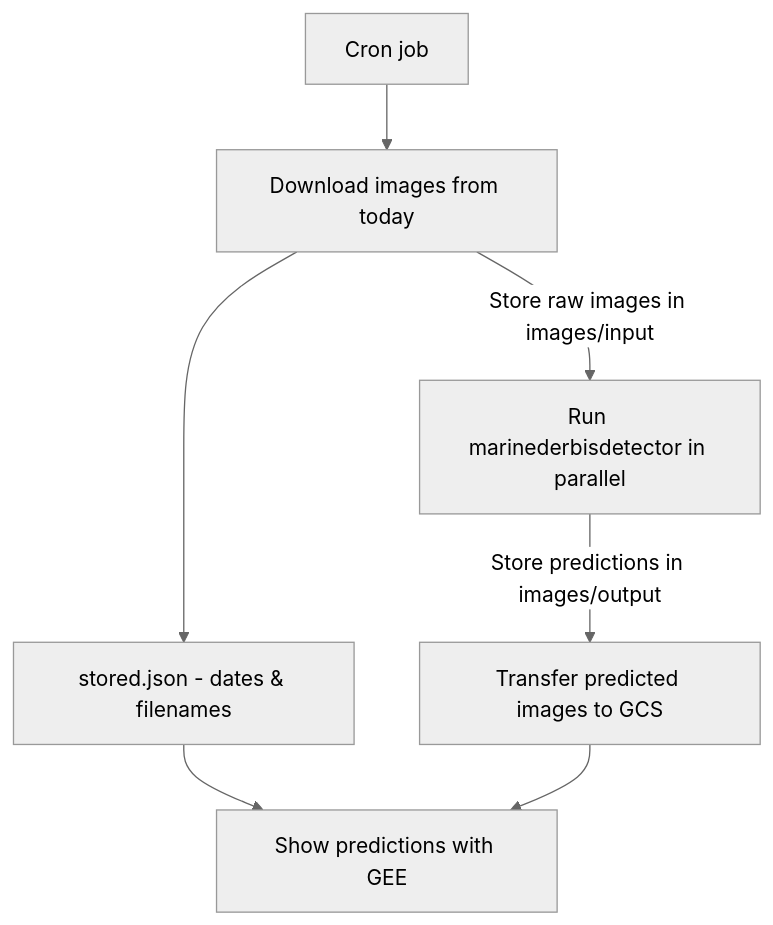
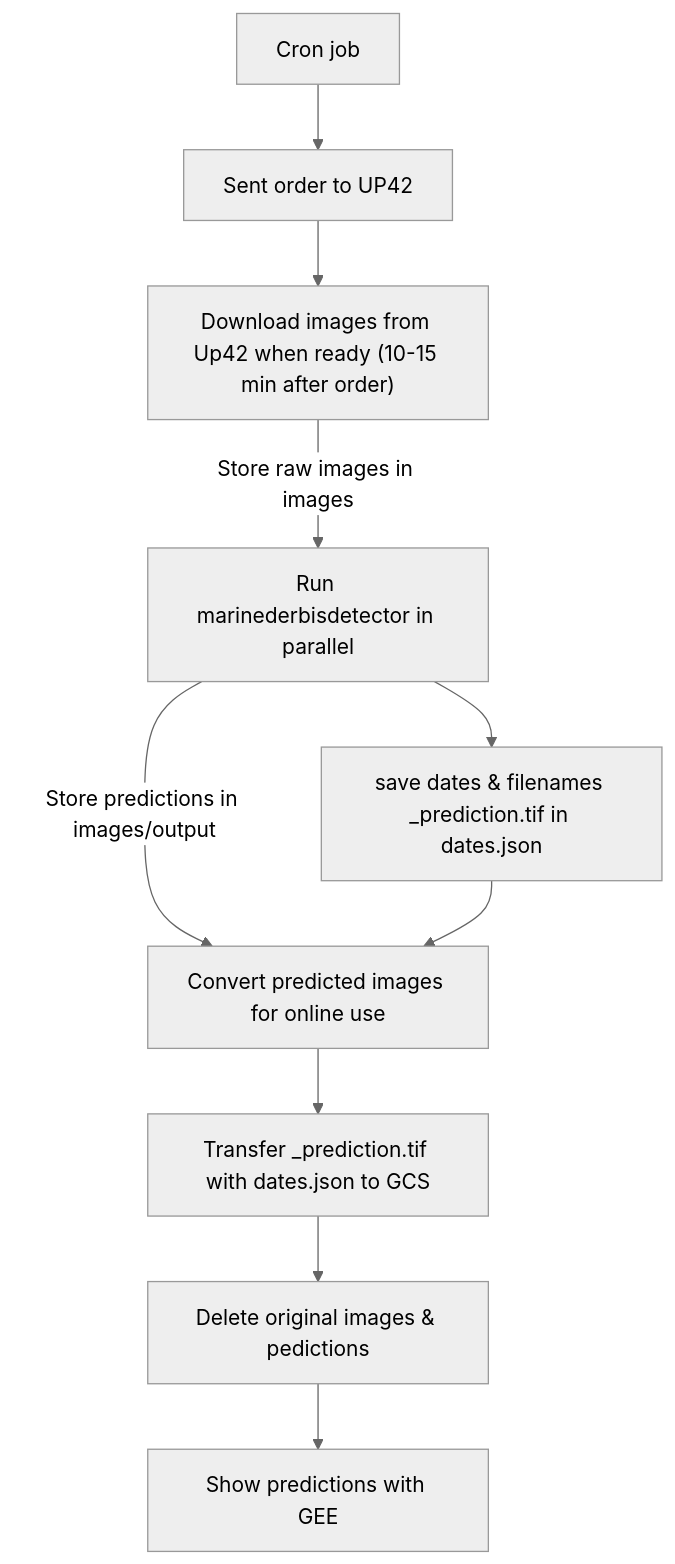
The diagram in README.md (MI4People/Marine_Litter), drawn with Mermaid (neutral theme) before and after one commit.

````diff
--- a/README.md
+++ b/README.md
@@ -43,8 +43,11 @@
 ```mermaid
-graph TD
-    A[Cron job] --> B[Download images from today]
-    B --> |Store raw images in images/input| C[Run marinederbisdetector in parallel]
-    B --> D[stored.json - dates & filenames] --> G
-    C --> |Store predictions in images/output| F[Transfer predicted images to GCS]
-    F --> G[Show predictions with GEE]
+flowchart TD
+    A["Cron job"] --> B["Sent order to UP42"]
+    B --> n1["Download images from Up42 when ready (10-15 min after order)"] -- Store raw images in images --> C
+    C["Run marinederbisdetector in parallel"] -- Store predictions in images/output --> F["Convert predicted images for online use"]
+    F --> n2["Transfer _prediction.tif with dates.json to GCS"]
+    C --> D["save dates &amp; filenames _prediction.tif in dates.json"]
+    D --> F
+    n2 --> n3["Delete original images &amp; pedictions"]
+    n3 --> G["Show predictions with GEE"]
 ```
````
